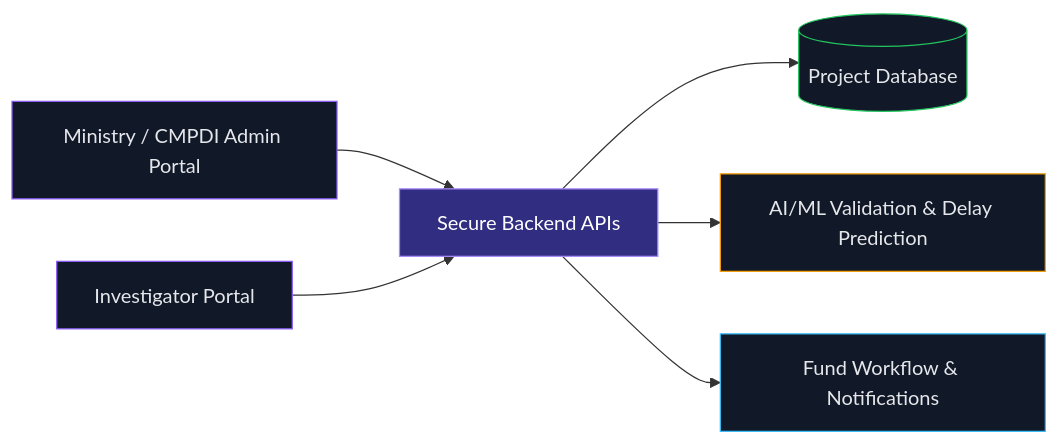
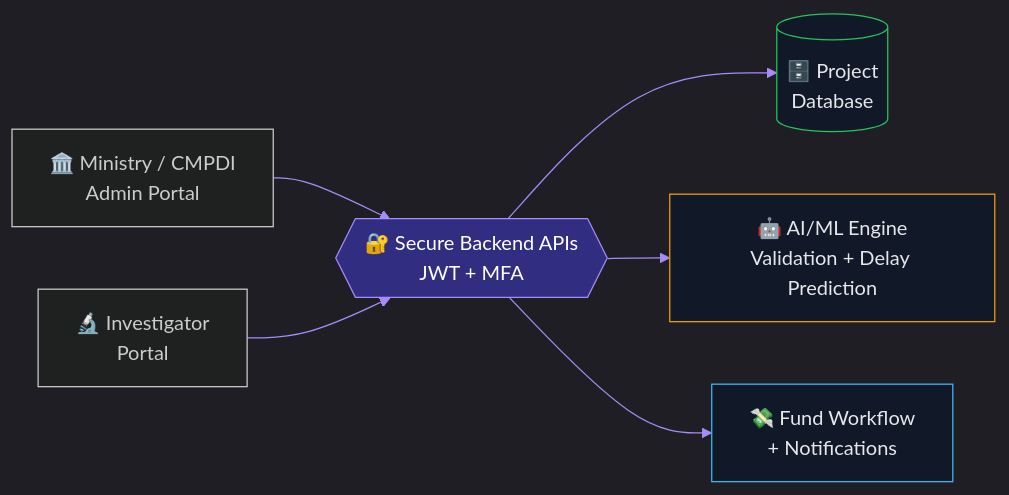
The first of 2 diagrams in README.md (HAC0DE/HAC0DE), drawn with Mermaid before and after one commit. The commit also changed other lines of this file, not shown here.

````diff
--- a/README.md
+++ b/README.md
@@ -74,14 +114,13 @@
 ```mermaid
+%%{init: {'theme':'dark', 'themeVariables': {'primaryColor':'#111827','primaryBorderColor':'#8B5CF6','primaryTextColor':'#E5E7EB','lineColor':'#A78BFA'}}}%%
 flowchart LR
-    A[Ministry / CMPDI Admin Portal] --> C[Secure Backend APIs]
-    B[Investigator Portal] --> C
-    C --> D[(Project Database)]
-    C --> E[AI/ML Validation & Delay Prediction]
-    C --> F[Fund Workflow & Notifications]
-    style A fill:#111827,stroke:#8B5CF6,color:#E5E7EB
-    style B fill:#111827,stroke:#8B5CF6,color:#E5E7EB
+    A["🏛️ Ministry / CMPDI<br/>Admin Portal"] --> C{{"🔐 Secure Backend APIs<br/>JWT + MFA"}}
+    B["🔬 Investigator<br/>Portal"] --> C
+    C --> D[("🗄️ Project<br/>Database")]
+    C --> E["🤖 AI/ML Engine<br/>Validation + Delay Prediction"]
+    C --> F["💸 Fund Workflow<br/>+ Notifications"]
     style C fill:#312E81,stroke:#A78BFA,color:#FFFFFF
-    style D fill:#111827,stroke:#22C55E,color:#E5E7EB
     style E fill:#111827,stroke:#F59E0B,color:#E5E7EB
     style F fill:#111827,stroke:#38BDF8,color:#E5E7EB
+    style D fill:#111827,stroke:#22C55E,color:#E5E7EB
 ```
````
